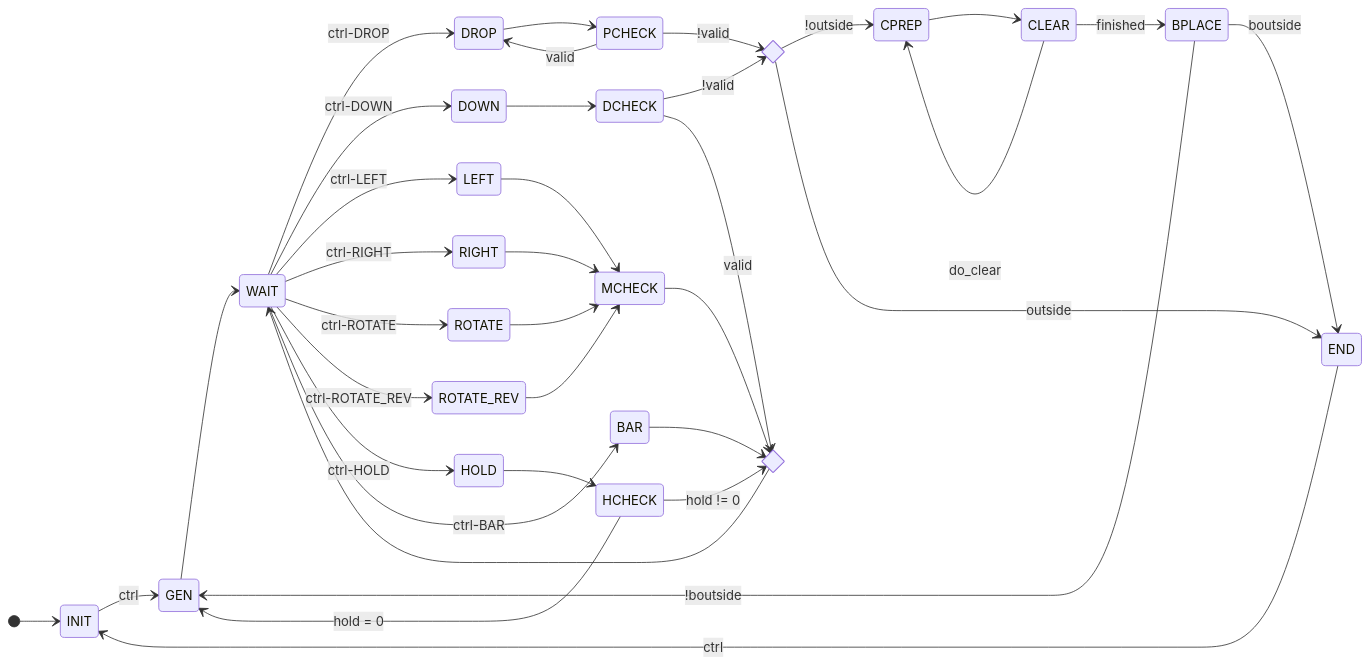
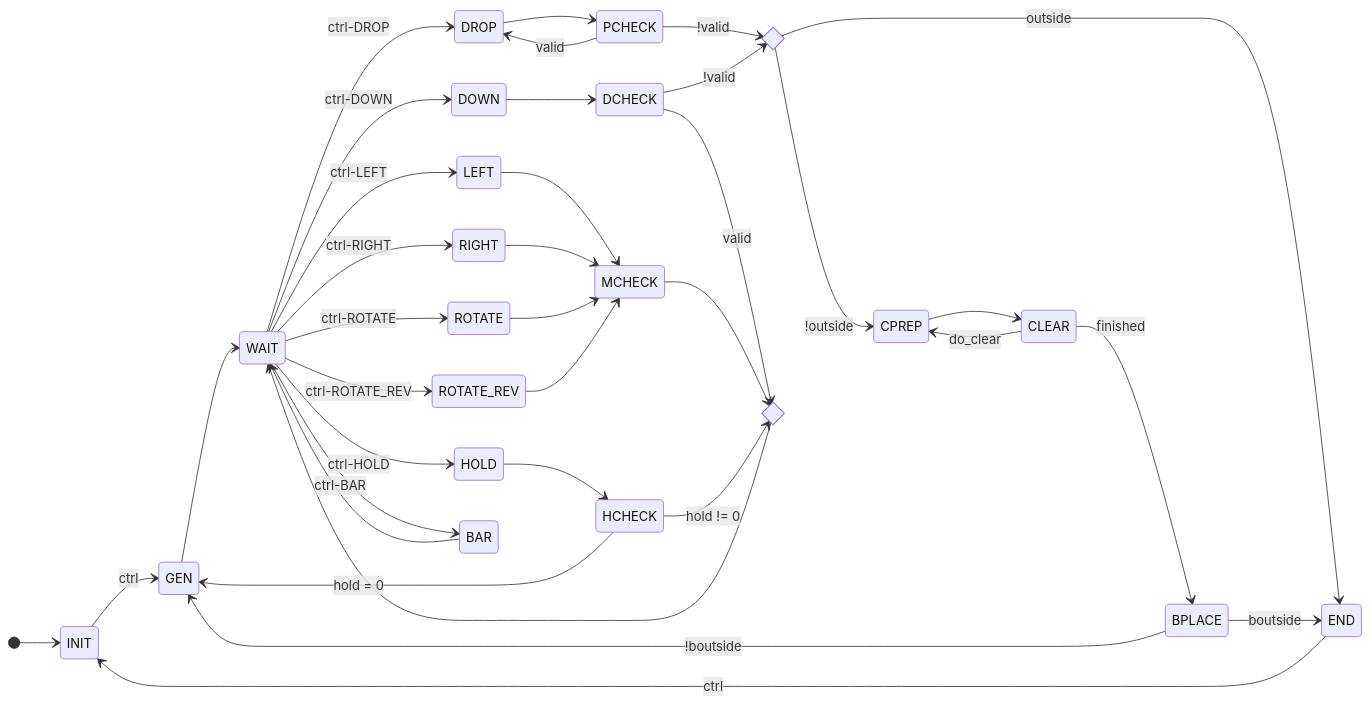
The second of 3 diagrams in README.md (nella17/NYCU-DCLab-2022-Final), drawn with Mermaid before and after one commit.

Commit message:
update state graph

````diff
--- a/README.md
+++ b/README.md
@@ -80,41 +80,41 @@
 ```mermaid
 stateDiagram-v2
 direction LR
 [*] --> INIT
 INIT --> GEN    : ctrl
 GEN --> WAIT
 WAIT --> DROP   : ctrl-DROP
 WAIT --> DOWN   : ctrl-DOWN
 WAIT --> LEFT   : ctrl-LEFT
 WAIT --> RIGHT  : ctrl-RIGHT
 WAIT --> ROTATE : ctrl-ROTATE
 WAIT --> ROTATE_REV : ctrl-ROTATE_REV
 WAIT --> HOLD   : ctrl-HOLD
 WAIT --> BAR    : ctrl-BAR
 DROP --> PCHECK
 DOWN --> DCHECK
 LEFT --> MCHECK
 RIGHT --> MCHECK
 ROTATE --> MCHECK
+BAR --> WAIT
 ROTATE_REV --> MCHECK
 HOLD --> HCHECK
-state WAIT_ <<choice>>
-BAR --> WAIT_
 PCHECK --> DROP     : valid
 state CLEAR_END <<choice>>
 PCHECK --> CLEAR_END : !valid
 DCHECK --> CLEAR_END : !valid
+state WAIT_ <<choice>>
 DCHECK --> WAIT_     : valid
 MCHECK --> WAIT_
 HCHECK --> WAIT_     : hold != 0
 HCHECK --> GEN       : hold = 0
 WAIT_ --> WAIT
 CLEAR_END --> CPREP  : !outside
 CLEAR_END --> END    : outside
 END --> INIT         : ctrl
 CPREP --> CLEAR
 CLEAR --> CPREP      : do_clear
 CLEAR --> BPLACE     : finished
 BPLACE --> END       : boutside
 BPLACE --> GEN       : !boutside
 ```
````
